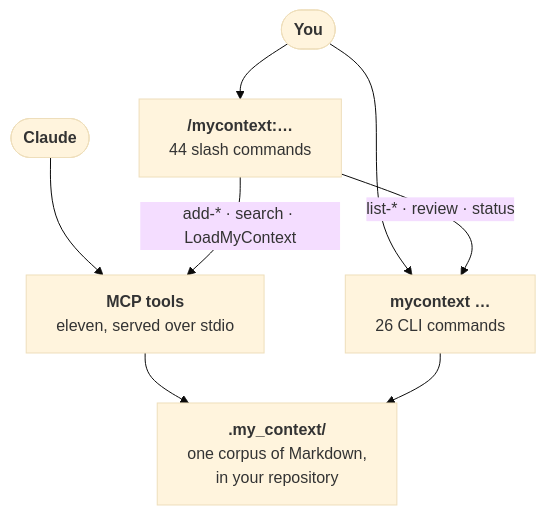
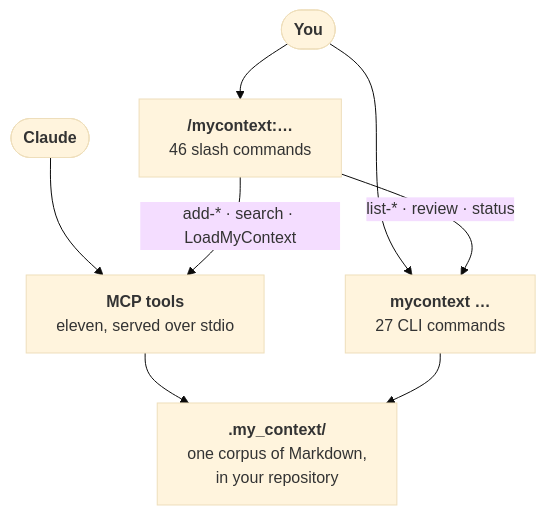
One commit to Dudi-Bar-On/my-context changed the fourth of 5 diagrams in README.md. Above: the diagram before and after it, drawn with Mermaid (base theme). The commit also changed other lines of this file and 7 other files, not shown here.

````diff
--- a/README.md
+++ b/README.md
@@ -1548,10 +1685,10 @@
 ```mermaid
 flowchart TB
-  U(["<b>You</b>"]) --> SL["<b>/mycontext:…</b><br/>44 slash commands"]
-  U --> CL["<b>mycontext …</b><br/>26 CLI commands"]
+  U(["<b>You</b>"]) --> SL["<b>/mycontext:…</b><br/>46 slash commands"]
+  U --> CL["<b>mycontext …</b><br/>27 CLI commands"]
   A(["<b>Claude</b>"]) --> TL["<b>MCP tools</b><br/>eleven, served over stdio"]
   SL -->|"add-* · search · LoadMyContext"| TL
   SL -->|"list-* · review · status"| CL
   TL --> CO["<b>.my_context/</b><br/>one corpus of Markdown,<br/>in your repository"]
   CL --> CO
 ```
````
